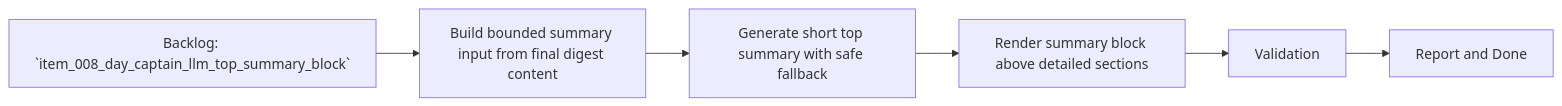
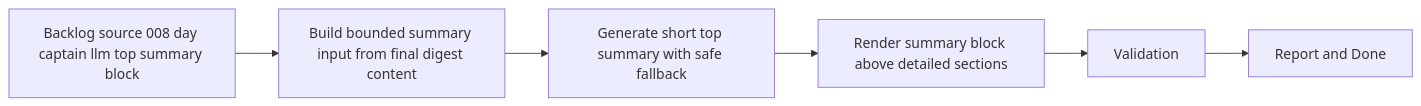
The diagram in logics/tasks/task_015_day_captain_llm_top_summary_block.md (AlexAgo83/day-captain), drawn with Mermaid before and after one commit. The commit also changed 40 other files, not shown here.

Commit message:
Normalize Logics Mermaid diagrams

````diff
--- a/logics/tasks/task_015_day_captain_llm_top_summary_block.md
+++ b/logics/tasks/task_015_day_captain_llm_top_summary_block.md
@@ -18,8 +18,8 @@
 ```mermaid
 flowchart LR
-    Backlog[Backlog: `item_008_day_captain_llm_top_summary_block`] --> Step1[Build bounded summary input from final digest content]
+    Backlog[Backlog source 008 day captain llm top summary block] --> Step1[Build bounded summary input from final digest content]
     Step1 --> Step2[Generate short top summary with safe fallback]
     Step2 --> Step3[Render summary block above detailed sections]
     Step3 --> Validation[Validation]
     Validation --> Report[Report and Done]
 ```
````
